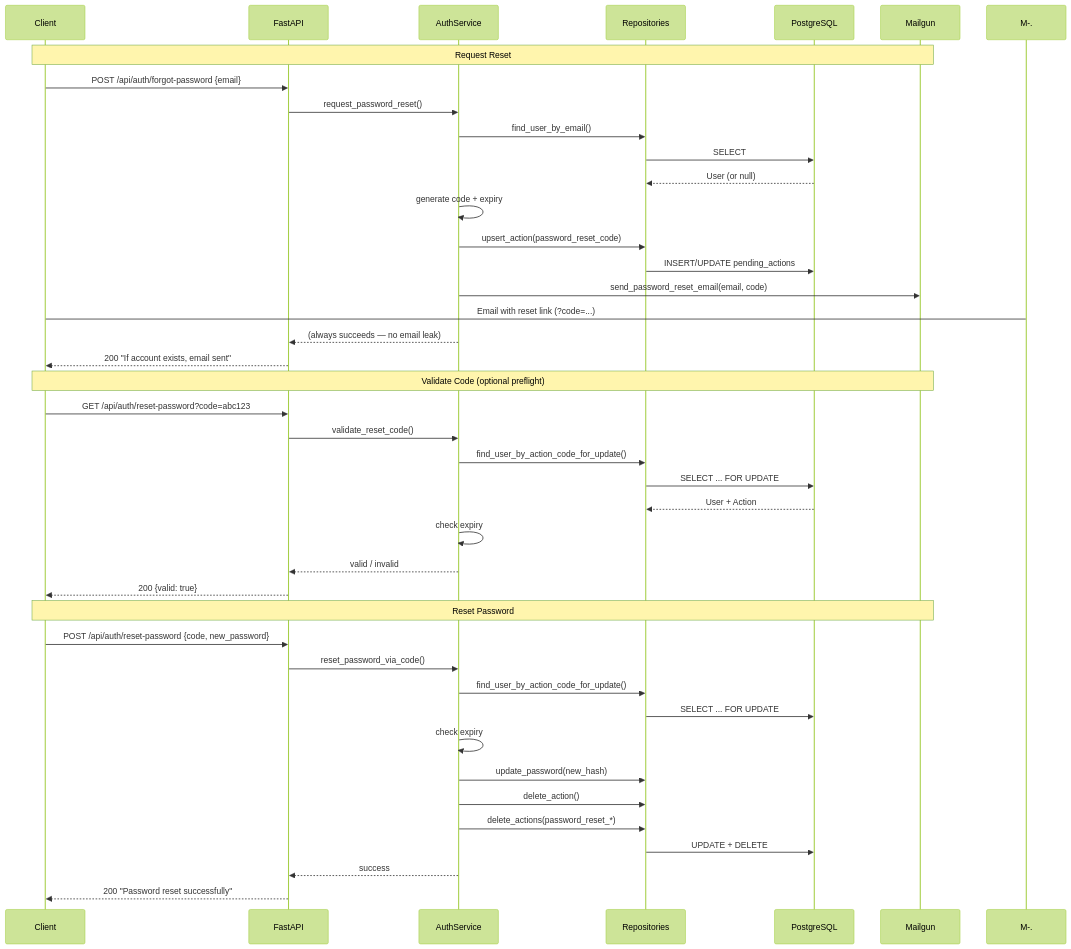
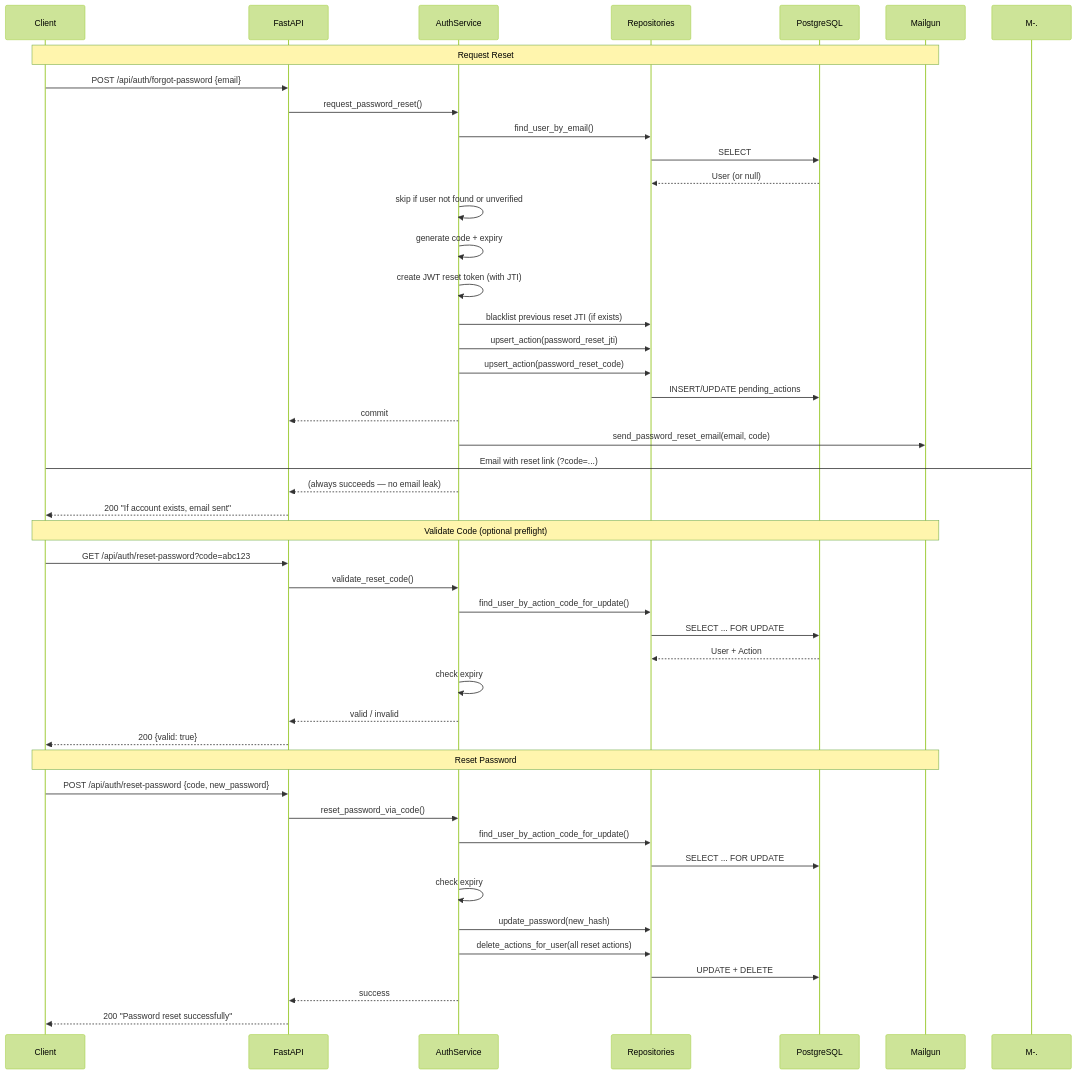
Before and after one commit to waelswaid/auth-system: the fifth of 7 diagrams in docs/architecture-diagrams.md, drawn with Mermaid (forest theme). The commit also changed other lines of this file, not shown here.

Commit message:
diagrams corrected

````diff
--- a/docs/architecture-diagrams.md
+++ b/docs/architecture-diagrams.md
@@ -213,46 +218,50 @@
 ```mermaid
 sequenceDiagram
     participant C as Client
     participant A as FastAPI
     participant S as AuthService
     participant R as Repositories
     participant DB as PostgreSQL
     participant M as Mailgun
 
     Note over C,M: Request Reset
     C->>A: POST /api/auth/forgot-password {email}
     A->>S: request_password_reset()
     S->>R: find_user_by_email()
     R->>DB: SELECT
     DB-->>R: User (or null)
+    S->>S: skip if user not found or unverified
     S->>S: generate code + expiry
+    S->>S: create JWT reset token (with JTI)
+    S->>R: blacklist previous reset JTI (if exists)
+    S->>R: upsert_action(password_reset_jti)
     S->>R: upsert_action(password_reset_code)
     R->>DB: INSERT/UPDATE pending_actions
+    S-->>A: commit
     S->>M: send_password_reset_email(email, code)
     M-.->C: Email with reset link (?code=...)
     S-->>A: (always succeeds — no email leak)
     A-->>C: 200 "If account exists, email sent"
 
     Note over C,M: Validate Code (optional preflight)
     C->>A: GET /api/auth/reset-password?code=abc123
     A->>S: validate_reset_code()
     S->>R: find_user_by_action_code_for_update()
     R->>DB: SELECT ... FOR UPDATE
     DB-->>R: User + Action
     S->>S: check expiry
     S-->>A: valid / invalid
     A-->>C: 200 {valid: true}
 
     Note over C,M: Reset Password
     C->>A: POST /api/auth/reset-password {code, new_password}
     A->>S: reset_password_via_code()
     S->>R: find_user_by_action_code_for_update()
     R->>DB: SELECT ... FOR UPDATE
     S->>S: check expiry
     S->>R: update_password(new_hash)
-    S->>R: delete_action()
-    S->>R: delete_actions(password_reset_*)
+    S->>R: delete_actions_for_user(all reset actions)
     R->>DB: UPDATE + DELETE
     S-->>A: success
     A-->>C: 200 "Password reset successfully"
 ```
````
